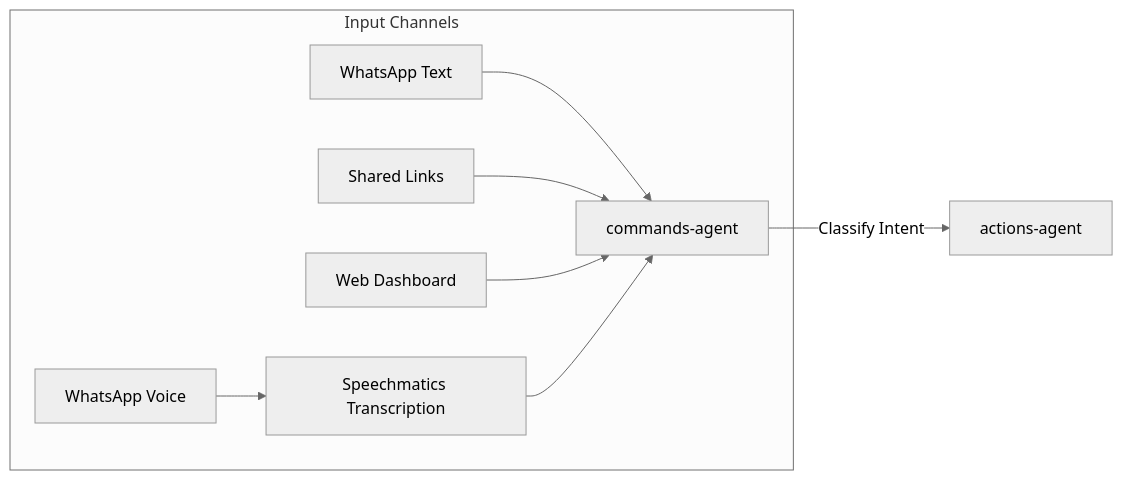
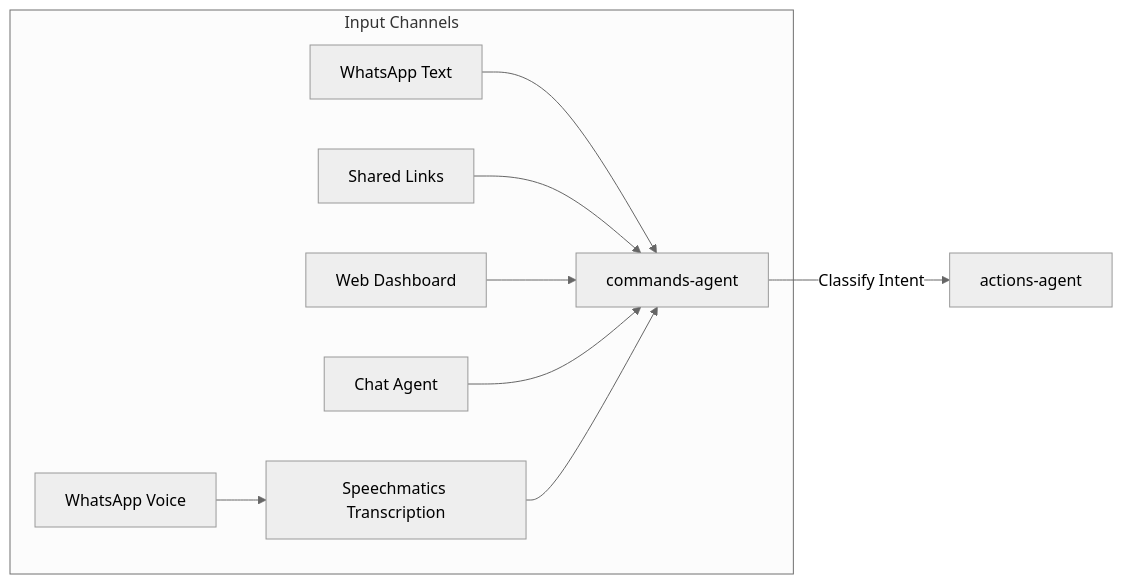
The fourth of 5 diagrams in docs/overview.md (pbuchman/intexuraos), drawn with Mermaid (neutral theme) before and after one commit. The commit also changed other lines of this file and 214 other files, not shown here.

````diff
--- a/docs/overview.md
+++ b/docs/overview.md
@@ -210,12 +396,13 @@
 ```mermaid
 graph LR
     subgraph "Input Channels"
         WA[WhatsApp Voice] --> T[Speechmatics Transcription]
         WM[WhatsApp Text] --> CMD
         WL[Shared Links] --> CMD
         UI[Web Dashboard] --> CMD
+        CHAT[Chat Agent] --> CMD
     end
 
     T --> CMD[commands-agent]
     CMD --> |Classify Intent| AA[actions-agent]
 ```
````
